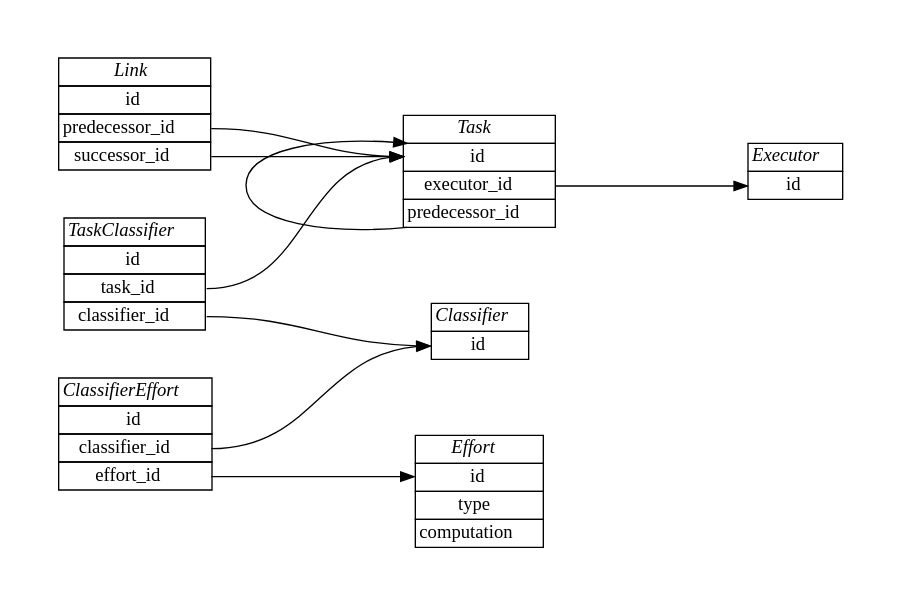
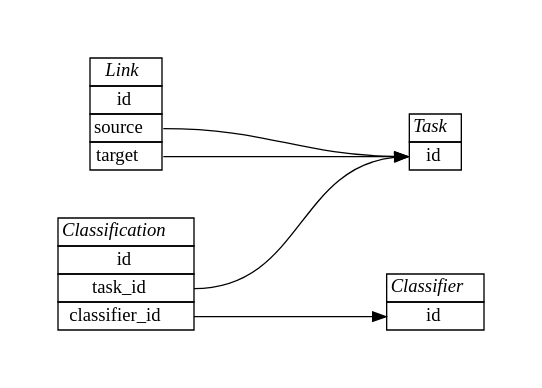
Before and after one commit to knowark/estimark: the diagram in docs/architecture/structure.rst, drawn with Graphviz. The commit also changed other lines of this file and 14 other files, not shown here.

```diff
--- a/docs/architecture/structure.rst
+++ b/docs/architecture/structure.rst
@@ -5,72 +5,42 @@
 .. graphviz::
 
    digraph {
     graph [pad="0.5", nodesep="0.5", ranksep="2"];
     node [shape=plain]
     rankdir=LR;
 
     Task [label=<
     <table border="0" cellborder="1" cellspacing="0">
     <tr><td><i>Task</i></td></tr>
     <tr><td port="id">id</td></tr>
-    <tr><td port="executor_id">executor_id</td></tr>
-    <tr><td port="predecessor_id">predecessor_id</td></tr>
     </table>>];
 
-    TaskClassifier [label=<
+    Classification [label=<
     <table border="0" cellborder="1" cellspacing="0">
-    <tr><td><i>TaskClassifier</i></td></tr>
+    <tr><td><i>Classification</i></td></tr>
     <tr><td port="id">id</td></tr>
     <tr><td port="task_id">task_id</td></tr>
     <tr><td port="classifier_id">classifier_id</td></tr>
     </table>>];
 
     Link [label=<
     <table border="0" cellborder="1" cellspacing="0">
     <tr><td><i>Link</i></td></tr>
     <tr><td port="id">id</td></tr>
-    <tr><td port="predecessor_id">predecessor_id</td></tr>
-    <tr><td port="successor_id">successor_id</td></tr>
+    <tr><td port="source">source</td></tr>
+    <tr><td port="target">target</td></tr>
     </table>>];
 
     Classifier [label=<
     <table border="0" cellborder="1" cellspacing="0">
     <tr><td><i>Classifier</i></td></tr>
     <tr><td port="id">id</td></tr>
     </table>>];
 
-    ClassifierEffort [label=<
-    <table border="0" cellborder="1" cellspacing="0">
-    <tr><td><i>ClassifierEffort</i></td></tr>
-    <tr><td port="id">id</td></tr>
-    <tr><td port="classifier_id">classifier_id</td></tr>
-    <tr><td port="effort_id">effort_id</td></tr>
-    </table>>];
+    Classification:task_id -> Task:id;
+    Classification:classifier_id -> Classifier:id;
 
-    Effort [label=<
-    <table border="0" cellborder="1" cellspacing="0">
-    <tr><td><i>Effort</i></td></tr>
-    <tr><td port="id">id</td></tr>
-    <tr><td port="type">type</td></tr>
-    <tr><td port="computation">computation</td></tr>
-    </table>>];
-
-    Executor [label=<
-    <table border="0" cellborder="1" cellspacing="0">
-    <tr><td><i>Executor</i></td></tr>
-    <tr><td port="id">id</td></tr>
-    </table>>];
-
-    Task:executor_id -> Executor:id;
-    Task:predecessor_id -> Task:id;
-
-    ClassifierEffort:classifier_id -> Classifier:id;
-    ClassifierEffort:effort_id -> Effort:id;
-
-    TaskClassifier:task_id -> Task:id;
-    TaskClassifier:classifier_id -> Classifier:id;
-
-    Link:predecessor_id -> Task:id;
-    Link:successor_id -> Task:id;
+    Link:source -> Task:id;
+    Link:target -> Task:id;
     
     }
```
